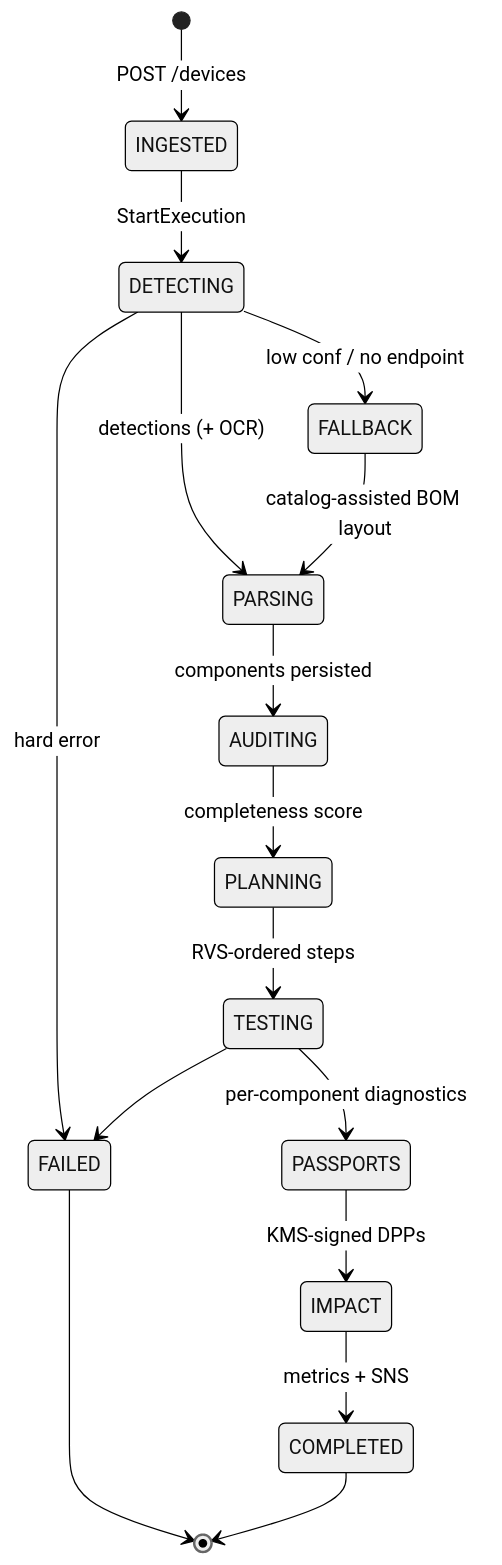
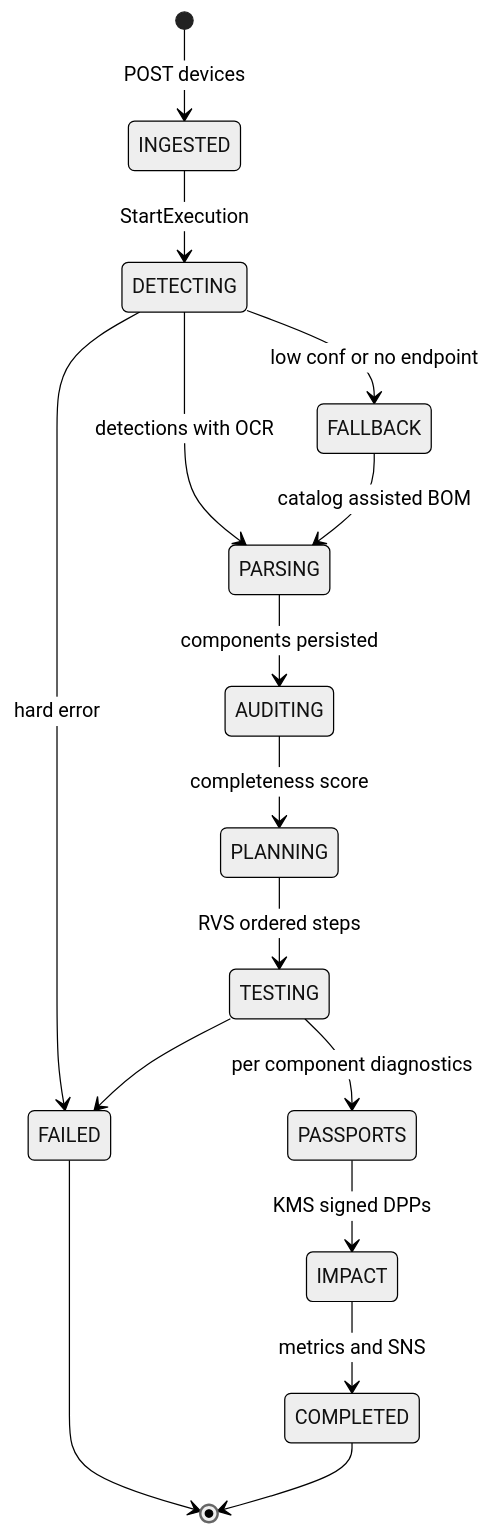
The second of 4 diagrams in README.md (mitra9917/ReGenesis), drawn with Mermaid (neutral theme) before and after one commit. The commit also changed other lines of this file, not shown here.

First line of the commit message:
Fix README Mermaid diagrams for GitHub rendering.

````diff
--- a/README.md
+++ b/README.md
@@ -101,18 +101,18 @@
 ```mermaid
 stateDiagram-v2
-  [*] --> INGESTED: POST /devices
+  [*] --> INGESTED: POST devices
   INGESTED --> DETECTING: StartExecution
-  DETECTING --> PARSING: detections (+ OCR)
+  DETECTING --> PARSING: detections with OCR
   PARSING --> AUDITING: components persisted
   AUDITING --> PLANNING: completeness score
-  PLANNING --> TESTING: RVS-ordered steps
-  TESTING --> PASSPORTS: per-component diagnostics
-  PASSPORTS --> IMPACT: KMS-signed DPPs
-  IMPACT --> COMPLETED: metrics + SNS
-  DETECTING --> FALLBACK: low conf / no endpoint
-  FALLBACK --> PARSING: catalog-assisted BOM layout
+  PLANNING --> TESTING: RVS ordered steps
+  TESTING --> PASSPORTS: per component diagnostics
+  PASSPORTS --> IMPACT: KMS signed DPPs
+  IMPACT --> COMPLETED: metrics and SNS
+  DETECTING --> FALLBACK: low conf or no endpoint
+  FALLBACK --> PARSING: catalog assisted BOM
   DETECTING --> FAILED: hard error
   TESTING --> FAILED
   FAILED --> [*]
   COMPLETED --> [*]
 ```
````
